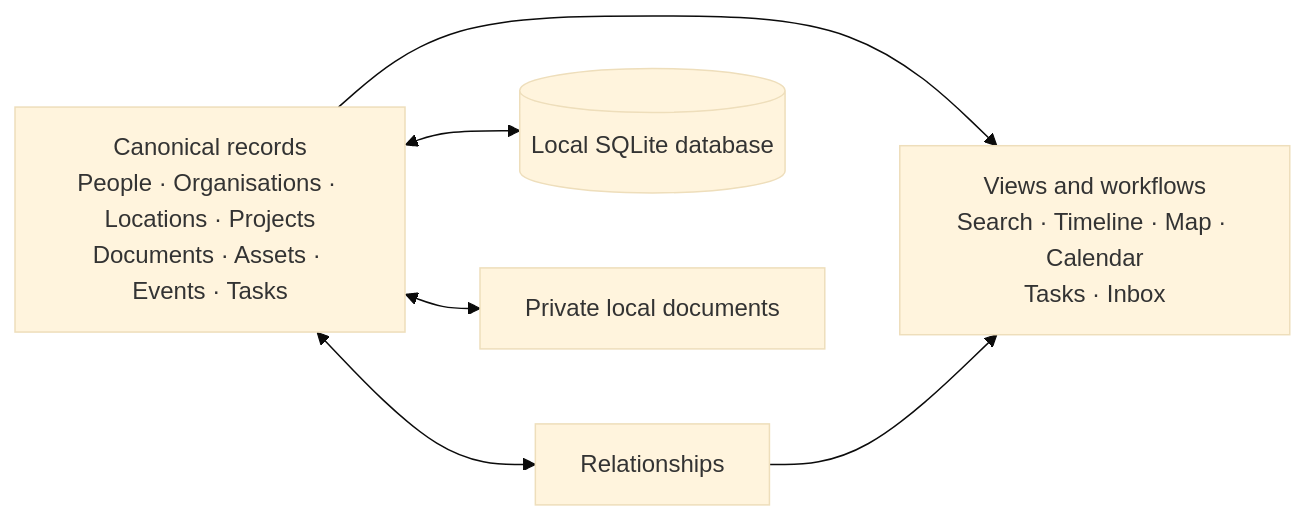
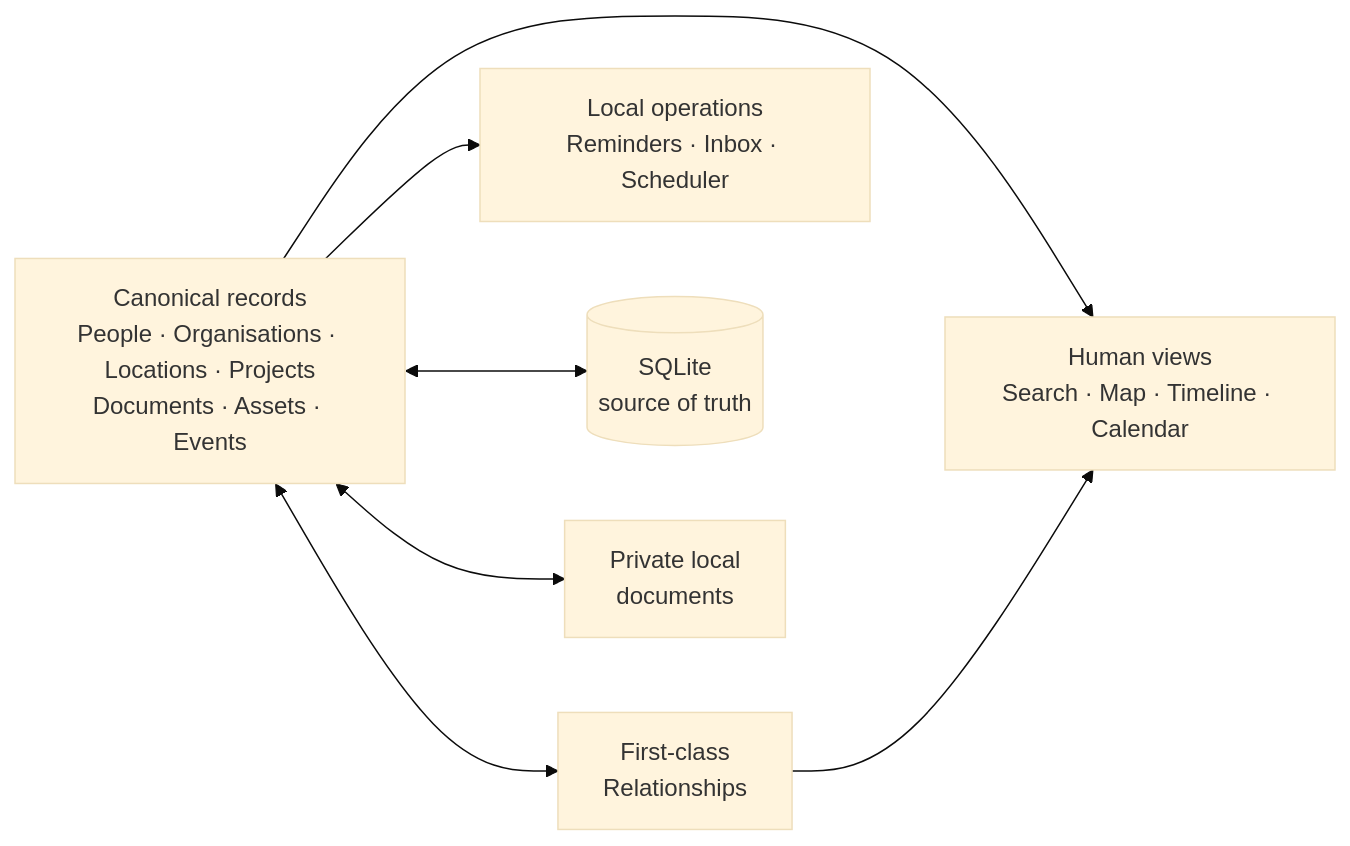
One commit to yogurtreceptor/project-e changed the diagram in README.md. Above: the diagram before and after it, drawn with Mermaid (base theme). The commit also changed other lines of this file and 1 other file, not shown here.

````diff
--- a/README.md
+++ b/README.md
@@ -21,14 +52,16 @@
 ```mermaid
 flowchart LR
-    R["Canonical records<br/>People · Organisations · Locations · Projects<br/>Documents · Assets · Events · Tasks"]
-    G["Relationships"]
-    V["Views and workflows<br/>Search · Timeline · Map · Calendar<br/>Tasks · Inbox"]
-    D[("Local SQLite database")]
-    F["Private local documents"]
+    C["Canonical records<br/>People · Organisations · Locations · Projects<br/>Documents · Assets · Events"]
+    R["First-class<br/>Relationships"]
+    V["Human views<br/>Search · Map · Timeline · Calendar"]
+    O["Local operations<br/>Reminders · Inbox · Scheduler"]
+    D[("SQLite<br/>source of truth")]
+    F["Private local<br/>documents"]
 
-    R <--> G
+    C <--> R
+    C --> V
     R --> V
-    G --> V
-    R <--> D
-    R <--> F
+    C --> O
+    C <--> D
+    C <--> F
 ```
````
